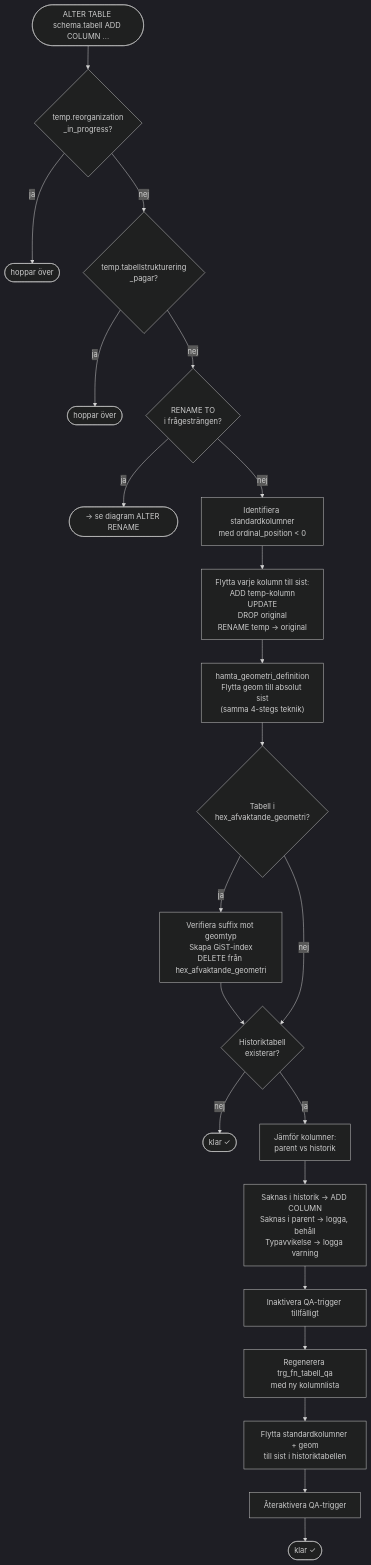
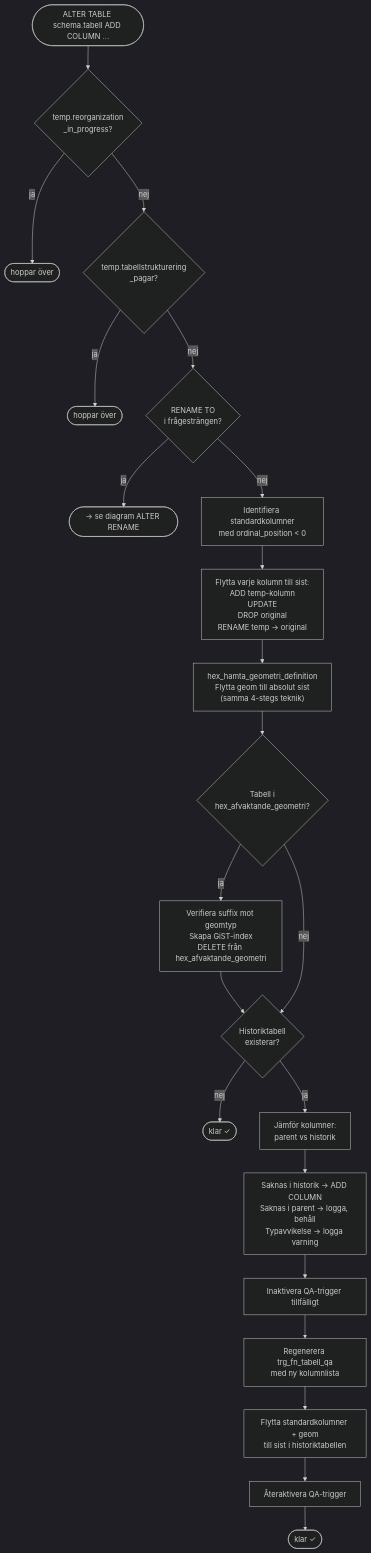
The fourth of 9 diagrams in LOGIC_MAP.md (Geodata-Kungsbacka/Hex), drawn with Mermaid (dark theme) before and after one commit. The commit also changed other lines of this file and 22 other files, not shown here.

````diff
--- a/LOGIC_MAP.md
+++ b/LOGIC_MAP.md
@@ -465,28 +465,28 @@
 ```mermaid
 flowchart TD
     START(["ALTER TABLE schema.tabell ADD COLUMN ..."])
     START --> G1{"temp.reorganization<br/>_in_progress?"}
     G1 --> |ja| STOP(["hoppar över"])
     G1 --> |nej| G2{"temp.tabellstrukturering<br/>_pagar?"}
     G2 --> |ja| STOP2(["hoppar över"])
     G2 --> |nej| REN{"RENAME TO<br/>i frågesträngen?"}
     REN --> |ja| RS(["→ se diagram ALTER RENAME"])
     REN --> |nej| IDENT["Identifiera standardkolumner<br/>med ordinal_position < 0"]
 
     IDENT --> MOVE["Flytta varje kolumn till sist:<br/>ADD temp-kolumn<br/>UPDATE<br/>DROP original<br/>RENAME temp → original"]
-    MOVE --> GEOM["hamta_geometri_definition<br/>Flytta geom till absolut sist<br/>(samma 4-stegs teknik)"]
+    MOVE --> GEOM["hex_hamta_geometri_definition<br/>Flytta geom till absolut sist<br/>(samma 4-stegs teknik)"]
 
     GEOM --> AFV{"Tabell i<br/>hex_afvaktande_geometri?"}
     AFV --> |ja| AFVOK["Verifiera suffix mot geomtyp<br/>Skapa GiST-index<br/>DELETE från hex_afvaktande_geometri"]
     AFVOK --> HSYNC
     AFV --> |nej| HSYNC
     HSYNC{"Historiktabell<br/>existerar?"}
     HSYNC --> |nej| DONE(["klar ✓"])
     HSYNC --> |ja| DIFF["Jämför kolumner:<br/>parent vs historik"]
     DIFF --> ADD["Saknas i historik → ADD COLUMN<br/>Saknas i parent → logga, behåll<br/>Typavvikelse → logga varning"]
     ADD --> DISABLE["Inaktivera QA-trigger tillfälligt"]
     DISABLE --> REGEN["Regenerera trg_fn_tabell_qa<br/>med ny kolumnlista"]
     REGEN --> HMOVE["Flytta standardkolumner + geom<br/>till sist i historiktabellen"]
     HMOVE --> ENABLE["Återaktivera QA-trigger"]
     ENABLE --> DONE2(["klar ✓"])
 ```
````
